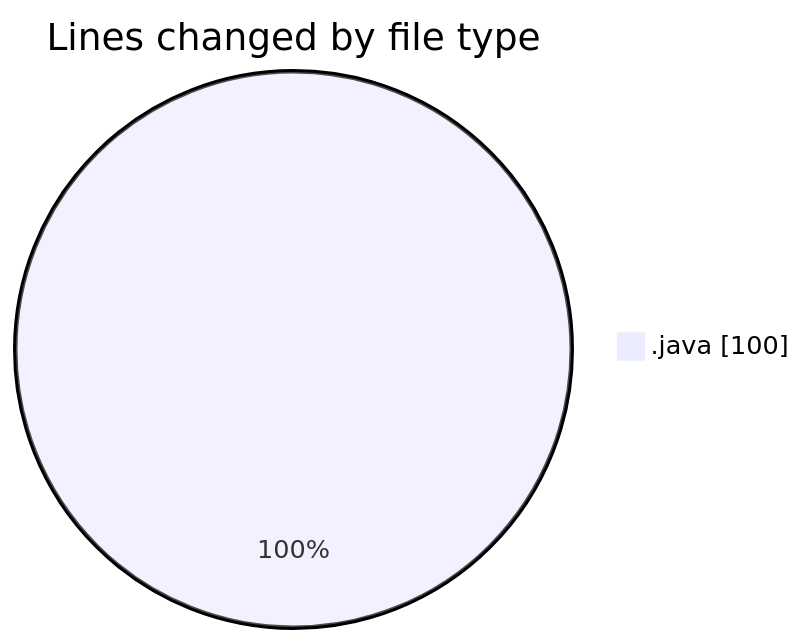
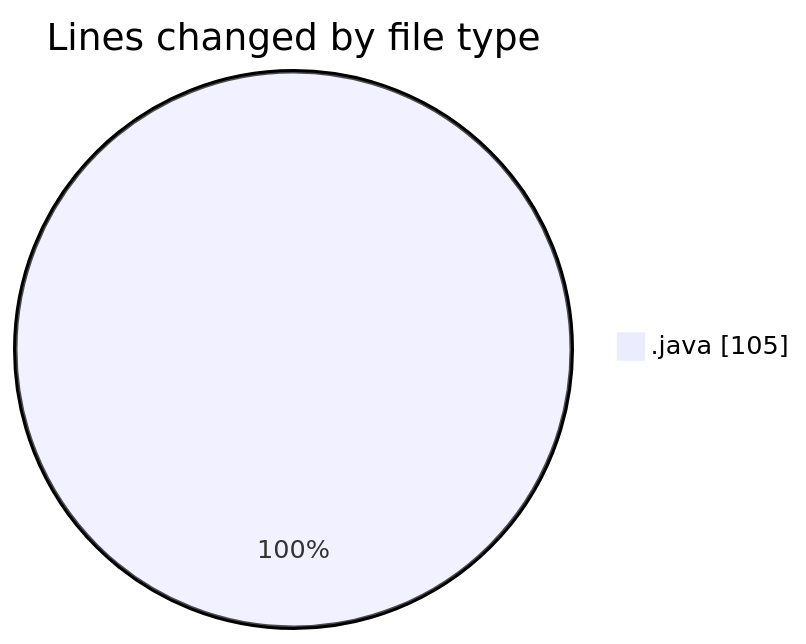
Before and after one commit to NitaiMahat/code-tracking: the first of 2 diagrams in 2025-01-29/java/README.md, drawn with Mermaid. The commit also changed other lines of this file and 1 other file, not shown here.

````diff
--- a/2025-01-29/java/README.md
+++ b/2025-01-29/java/README.md
@@ -24,5 +24,5 @@
 ```mermaid
 pie showData
 title Lines changed by file type
-".java" : 100
+".java" : 105
 ```
````
